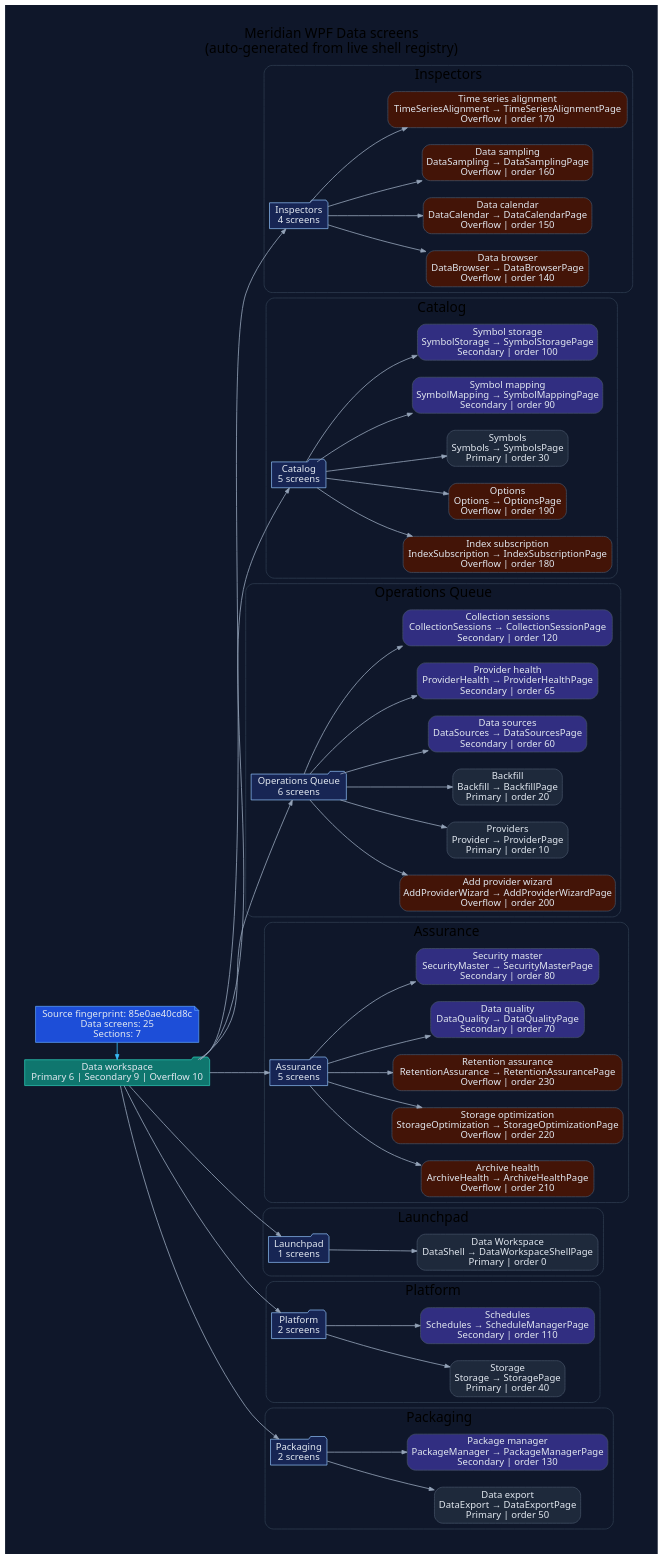
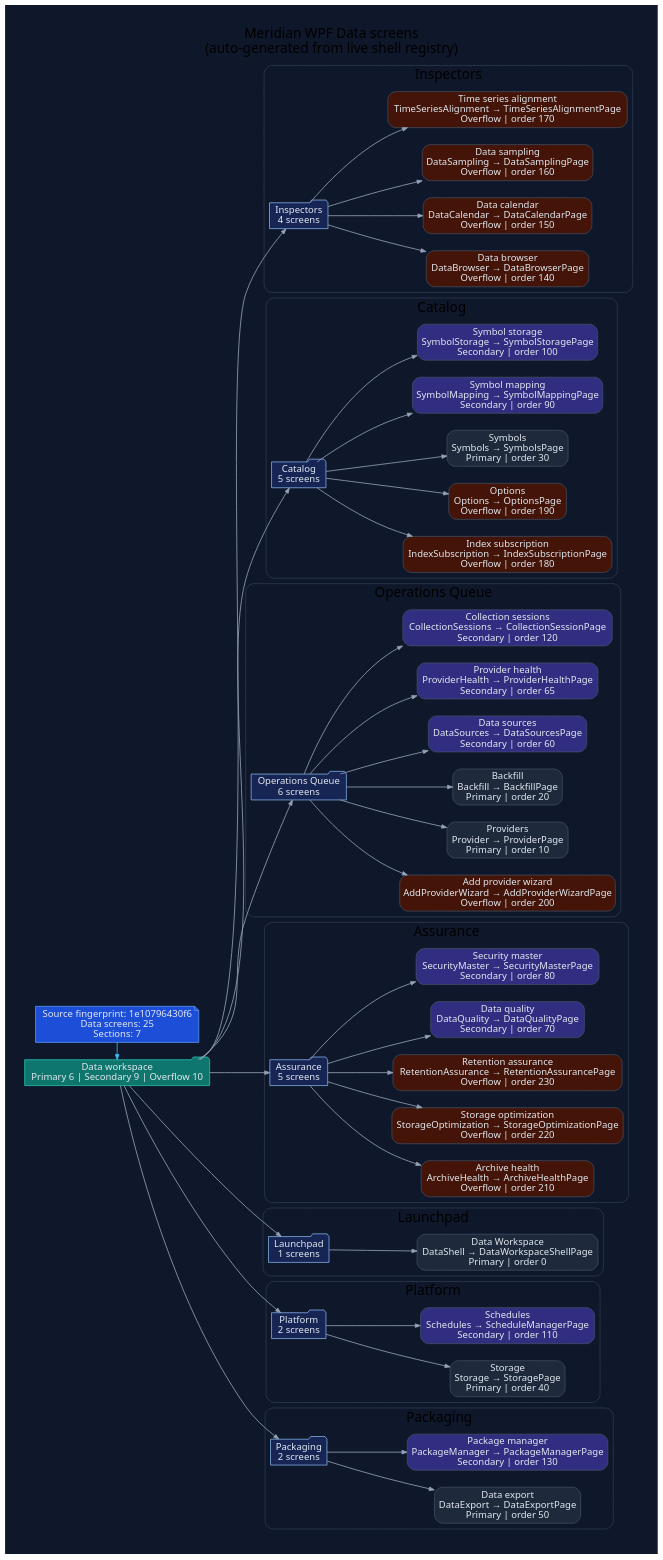
The diagram in docs/diagrams/ui/ui-wpf-screens-data.dot (rodoHasArrived/Meridian-main), drawn with Graphviz before and after one commit. The commit also changed 644 other files, not shown here.

```diff
--- a/docs/diagrams/ui/ui-wpf-screens-data.dot
+++ b/docs/diagrams/ui/ui-wpf-screens-data.dot
@@ -1,132 +1,132 @@
 // -----------------------------------------------------------------------------
 // <auto-generated>
 // Generated by scripts/generate-diagrams.mjs.
 // Do not edit this file directly; update the WPF source files instead.
 // -----------------------------------------------------------------------------
 digraph WpfDataScreens {
   graph [
     rankdir=LR,
     labelloc=t,
     label="Meridian WPF Data screens\n(auto-generated from live shell registry)",
     fontname="Segoe UI",
     fontsize=20,
     pad=0.4,
     nodesep=0.35,
     ranksep=0.85,
     bgcolor="#0f172a"
   ];
   node [fontname="Segoe UI", shape=box, style="rounded,filled", color="#475569", fontcolor="#e2e8f0", fillcolor="#1e293b"];
   edge [fontname="Segoe UI", color="#94a3b8", penwidth=1.2, arrowsize=0.75];
 
-  generated [shape=note, fillcolor="#1d4ed8", color="#60a5fa", label="Source fingerprint: 85e0ae40cd8c\nData screens: 25\nSections: 7"];
+  generated [shape=note, fillcolor="#1d4ed8", color="#60a5fa", label="Source fingerprint: 1e10796430f6\nData screens: 25\nSections: 7"];
   workspace [shape=folder, fillcolor="#0f766e", color="#2dd4bf", label="Data workspace\nPrimary 6 | Secondary 9 | Overflow 10"];
   generated -> workspace [color="#38bdf8"];
 
   subgraph cluster_section_1 {
     label="Inspectors";
     color="#334155";
     style="rounded";
     section_1 [shape=folder, fillcolor="#172554", color="#93c5fd", label="Inspectors\n4 screens"];
     workspace -> section_1;
     screen_DataBrowser [fillcolor="#431407", label="Data browser\nDataBrowser → DataBrowserPage\nOverflow | order 140"];
     section_1 -> screen_DataBrowser;
     screen_DataCalendar [fillcolor="#431407", label="Data calendar\nDataCalendar → DataCalendarPage\nOverflow | order 150"];
     section_1 -> screen_DataCalendar;
     screen_DataSampling [fillcolor="#431407", label="Data sampling\nDataSampling → DataSamplingPage\nOverflow | order 160"];
     section_1 -> screen_DataSampling;
     screen_TimeSeriesAlignment [fillcolor="#431407", label="Time series alignment\nTimeSeriesAlignment → TimeSeriesAlignmentPage\nOverflow | order 170"];
     section_1 -> screen_TimeSeriesAlignment;
   }
 
   subgraph cluster_section_2 {
     label="Catalog";
     color="#334155";
     style="rounded";
     section_2 [shape=folder, fillcolor="#172554", color="#93c5fd", label="Catalog\n5 screens"];
     workspace -> section_2;
     screen_IndexSubscription [fillcolor="#431407", label="Index subscription\nIndexSubscription → IndexSubscriptionPage\nOverflow | order 180"];
     section_2 -> screen_IndexSubscription;
     screen_Options [fillcolor="#431407", label="Options\nOptions → OptionsPage\nOverflow | order 190"];
     section_2 -> screen_Options;
     screen_Symbols [fillcolor="#1e293b", label="Symbols\nSymbols → SymbolsPage\nPrimary | order 30"];
     section_2 -> screen_Symbols;
     screen_SymbolMapping [fillcolor="#312e81", label="Symbol mapping\nSymbolMapping → SymbolMappingPage\nSecondary | order 90"];
     section_2 -> screen_SymbolMapping;
     screen_SymbolStorage [fillcolor="#312e81", label="Symbol storage\nSymbolStorage → SymbolStoragePage\nSecondary | order 100"];
     section_2 -> screen_SymbolStorage;
   }
 
   subgraph cluster_section_3 {
     label="Operations Queue";
     color="#334155";
     style="rounded";
     section_3 [shape=folder, fillcolor="#172554", color="#93c5fd", label="Operations Queue\n6 screens"];
     workspace -> section_3;
     screen_AddProviderWizard [fillcolor="#431407", label="Add provider wizard\nAddProviderWizard → AddProviderWizardPage\nOverflow | order 200"];
     section_3 -> screen_AddProviderWizard;
     screen_Provider [fillcolor="#1e293b", label="Providers\nProvider → ProviderPage\nPrimary | order 10"];
     section_3 -> screen_Provider;
     screen_Backfill [fillcolor="#1e293b", label="Backfill\nBackfill → BackfillPage\nPrimary | order 20"];
     section_3 -> screen_Backfill;
     screen_DataSources [fillcolor="#312e81", label="Data sources\nDataSources → DataSourcesPage\nSecondary | order 60"];
     section_3 -> screen_DataSources;
     screen_ProviderHealth [fillcolor="#312e81", label="Provider health\nProviderHealth → ProviderHealthPage\nSecondary | order 65"];
     section_3 -> screen_ProviderHealth;
     screen_CollectionSessions [fillcolor="#312e81", label="Collection sessions\nCollectionSessions → CollectionSessionPage\nSecondary | order 120"];
     section_3 -> screen_CollectionSessions;
   }
 
   subgraph cluster_section_4 {
     label="Assurance";
     color="#334155";
     style="rounded";
     section_4 [shape=folder, fillcolor="#172554", color="#93c5fd", label="Assurance\n5 screens"];
     workspace -> section_4;
     screen_ArchiveHealth [fillcolor="#431407", label="Archive health\nArchiveHealth → ArchiveHealthPage\nOverflow | order 210"];
     section_4 -> screen_ArchiveHealth;
     screen_StorageOptimization [fillcolor="#431407", label="Storage optimization\nStorageOptimization → StorageOptimizationPage\nOverflow | order 220"];
     section_4 -> screen_StorageOptimization;
     screen_RetentionAssurance [fillcolor="#431407", label="Retention assurance\nRetentionAssurance → RetentionAssurancePage\nOverflow | order 230"];
     section_4 -> screen_RetentionAssurance;
     screen_DataQuality [fillcolor="#312e81", label="Data quality\nDataQuality → DataQualityPage\nSecondary | order 70"];
     section_4 -> screen_DataQuality;
     screen_SecurityMaster [fillcolor="#312e81", label="Security master\nSecurityMaster → SecurityMasterPage\nSecondary | order 80"];
     section_4 -> screen_SecurityMaster;
   }
 
   subgraph cluster_section_5 {
     label="Launchpad";
     color="#334155";
     style="rounded";
     section_5 [shape=folder, fillcolor="#172554", color="#93c5fd", label="Launchpad\n1 screens"];
     workspace -> section_5;
     screen_DataShell [fillcolor="#1e293b", label="Data Workspace\nDataShell → DataWorkspaceShellPage\nPrimary | order 0"];
     section_5 -> screen_DataShell;
   }
 
   subgraph cluster_section_6 {
     label="Platform";
     color="#334155";
     style="rounded";
     section_6 [shape=folder, fillcolor="#172554", color="#93c5fd", label="Platform\n2 screens"];
     workspace -> section_6;
     screen_Storage [fillcolor="#1e293b", label="Storage\nStorage → StoragePage\nPrimary | order 40"];
     section_6 -> screen_Storage;
     screen_Schedules [fillcolor="#312e81", label="Schedules\nSchedules → ScheduleManagerPage\nSecondary | order 110"];
     section_6 -> screen_Schedules;
   }
 
   subgraph cluster_section_7 {
     label="Packaging";
     color="#334155";
     style="rounded";
     section_7 [shape=folder, fillcolor="#172554", color="#93c5fd", label="Packaging\n2 screens"];
     workspace -> section_7;
     screen_DataExport [fillcolor="#1e293b", label="Data export\nDataExport → DataExportPage\nPrimary | order 50"];
     section_7 -> screen_DataExport;
     screen_PackageManager [fillcolor="#312e81", label="Package manager\nPackageManager → PackageManagerPage\nSecondary | order 130"];
     section_7 -> screen_PackageManager;
   }
 
   { rank=min; generated; workspace; }
 }
```
